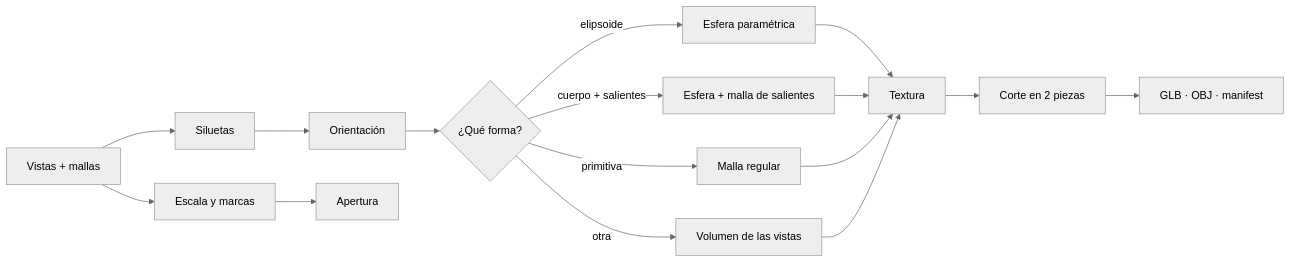
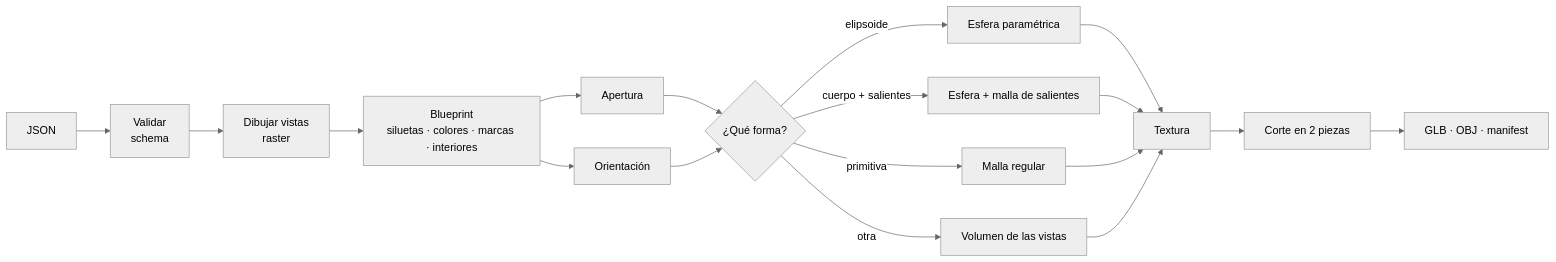
One commit to BranBPDev/JanusApp changed the diagram in docs/pipeline.md. Above: the diagram before and after it, drawn with Mermaid (neutral theme). The commit also changed other lines of this file and 15 other files, not shown here.

````diff
--- a/docs/pipeline.md
+++ b/docs/pipeline.md
@@ -8,13 +8,14 @@
 ```mermaid
 flowchart LR
-    A[Vistas + mallas] --> B[Siluetas]
-    A --> C[Escala y marcas]
-    B --> D[Orientación]
-    C --> E[Apertura]
-    D --> F{¿Qué forma?}
-    F -->|elipsoide| G[Esfera paramétrica]
-    F -->|cuerpo + salientes| H[Esfera + malla de salientes]
-    F -->|primitiva| I[Malla regular]
-    F -->|otra| J[Volumen de las vistas]
-    G & H & I & J --> K[Textura] --> L[Corte en 2 piezas] --> M[GLB · OBJ · manifest]
+    A[JSON] --> B[Validar<br/>schema]
+    B --> C[Dibujar vistas<br/>raster]
+    C --> D[Blueprint<br/>siluetas · colores · marcas · interiores]
+    D --> E[Apertura]
+    D --> F[Orientación]
+    E & F --> G{¿Qué forma?}
+    G -->|elipsoide| H[Esfera paramétrica]
+    G -->|cuerpo + salientes| I[Esfera + malla de salientes]
+    G -->|primitiva| J[Malla regular]
+    G -->|otra| K[Volumen de las vistas]
+    H & I & J & K --> L[Textura] --> M[Corte en 2 piezas] --> N[GLB · OBJ · manifest]
 ```
````
